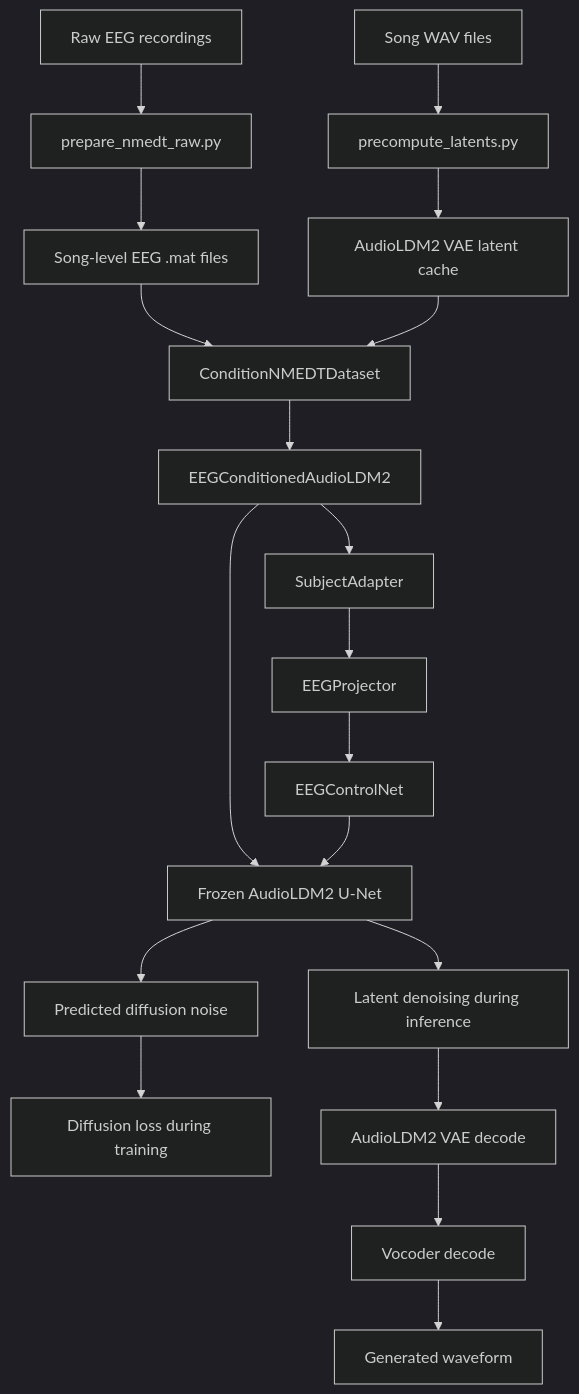
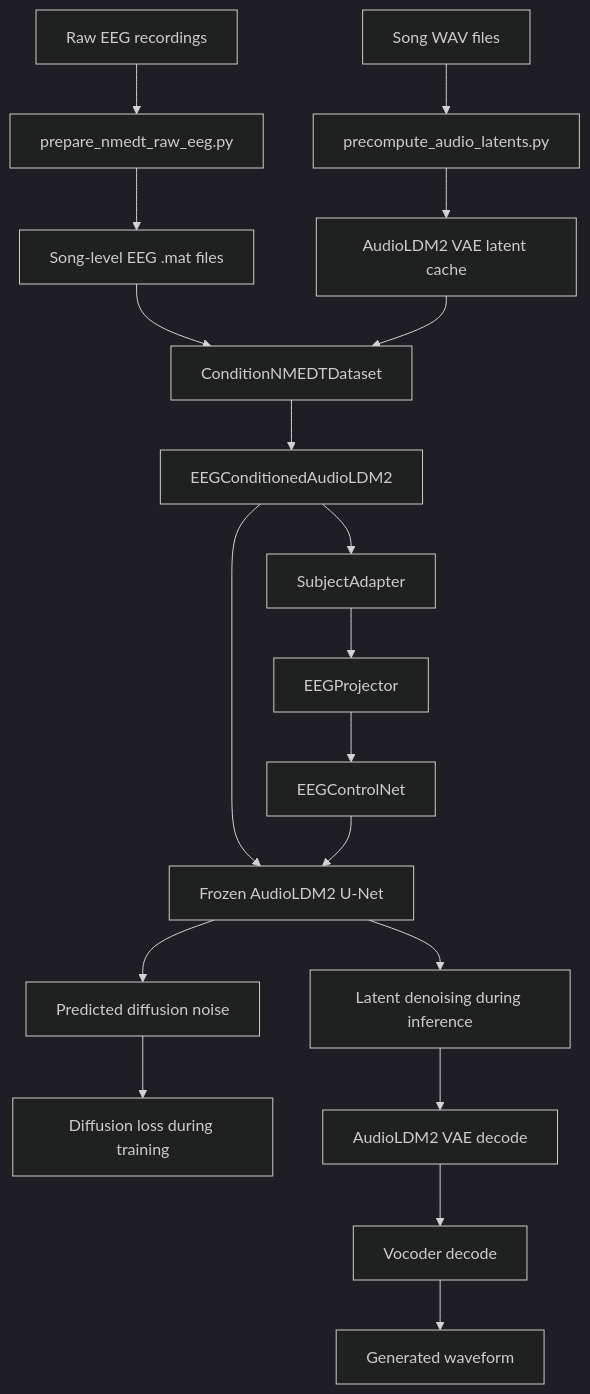
Before and after one commit to jellyfish0316/eeg2music: the first of 2 diagrams in REPO_OVERVIEW.md, drawn with Mermaid (dark theme). The commit also changed other lines of this file and 7 other files, not shown here.

Commit message:
move eeg preprocess entirely in prepare nmedt

````diff
--- a/REPO_OVERVIEW.md
+++ b/REPO_OVERVIEW.md
@@ -28,21 +28,21 @@
 ```mermaid
 graph TD
-    A[Raw EEG recordings] --> B[prepare_nmedt_raw.py]
+    A[Raw EEG recordings] --> B[prepare_nmedt_raw_eeg.py]
     B --> C[Song-level EEG .mat files]
-    D[Song WAV files] --> E[precompute_latents.py]
+    D[Song WAV files] --> E[precompute_audio_latents.py]
     E --> F[AudioLDM2 VAE latent cache]
     C --> G[ConditionNMEDTDataset]
     F --> G
     G --> H[EEGConditionedAudioLDM2]
     H --> I[SubjectAdapter]
     I --> J[EEGProjector]
     J --> K[EEGControlNet]
     H --> L[Frozen AudioLDM2 U-Net]
     K --> L
     L --> M[Predicted diffusion noise]
     M --> N[Diffusion loss during training]
     L --> O[Latent denoising during inference]
     O --> P[AudioLDM2 VAE decode]
     P --> Q[Vocoder decode]
     Q --> R[Generated waveform]
 ```
````
